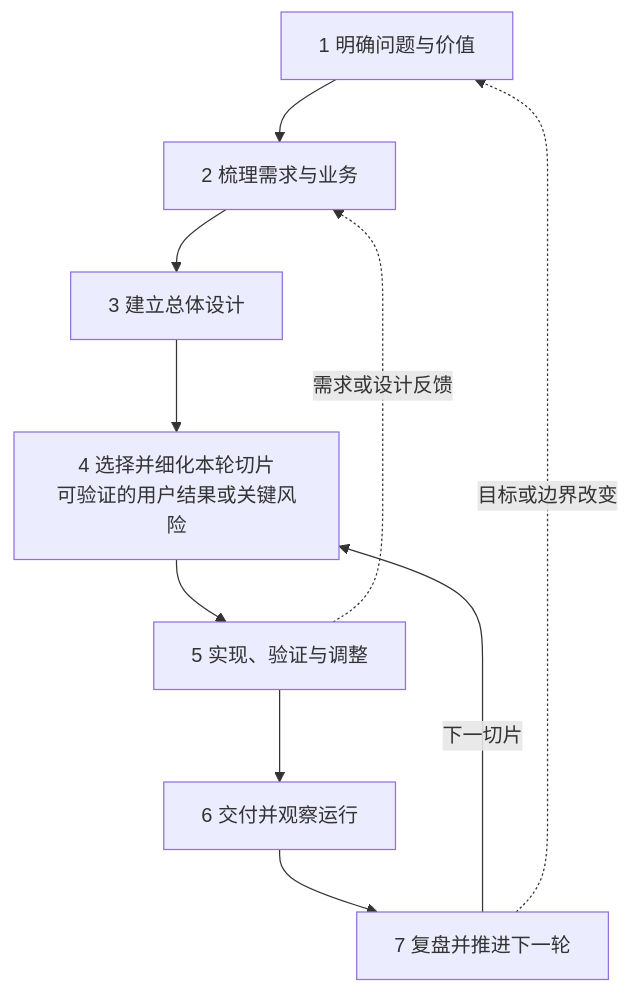
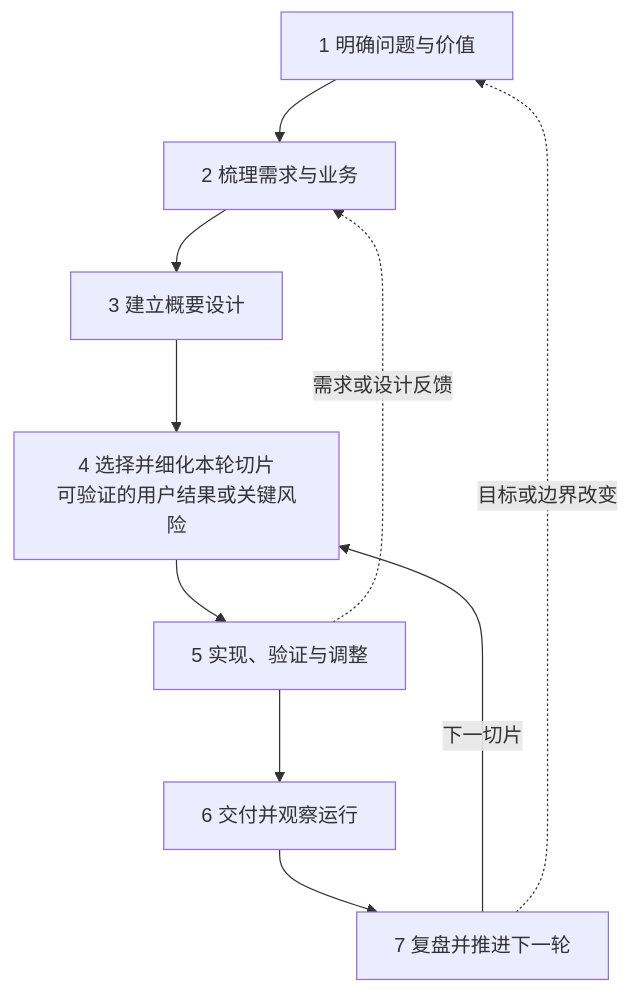
The diagram in references/software-engineering.md (Super-DDD/daiyu-personal-skills), drawn with Mermaid before and after one commit. The commit also changed other lines of this file and 1 other file, not shown here.

````diff
--- a/references/software-engineering.md
+++ b/references/software-engineering.md
@@ -34,12 +35,12 @@
 ```mermaid
 flowchart TD
     A["1 明确问题与价值"] --> B["2 梳理需求与业务"]
-    B --> C["3 建立总体设计"]
+    B --> C["3 建立概要设计"]
     C --> D["4 选择并细化本轮切片<br/>可验证的用户结果或关键风险"]
     D --> E["5 实现、验证与调整"]
     E --> F["6 交付并观察运行"]
     F --> G["7 复盘并推进下一轮"]
     G -->|下一切片| D
     E -.->|需求或设计反馈| B
     G -.->|目标或边界改变| A
 ```
````
